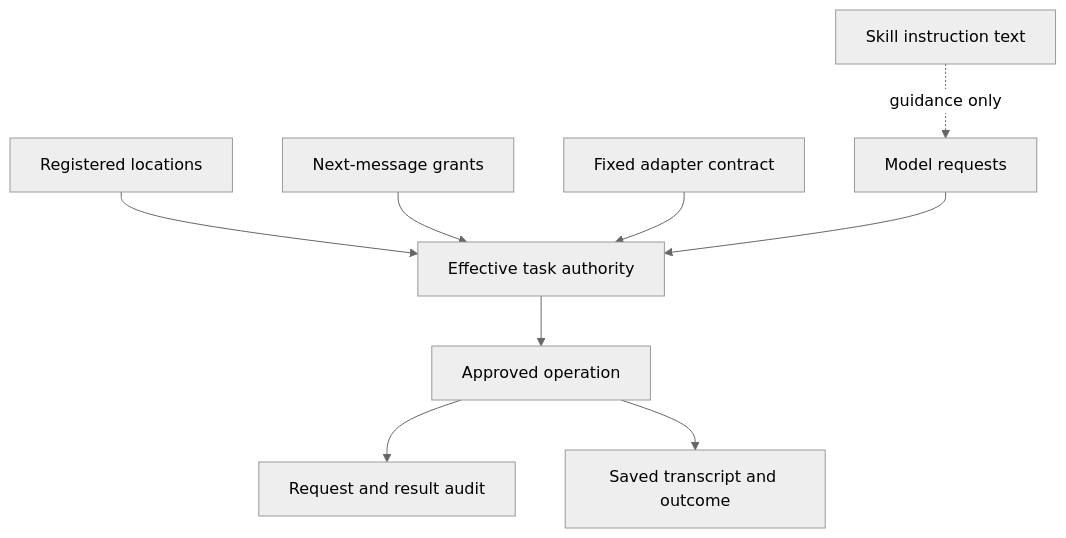
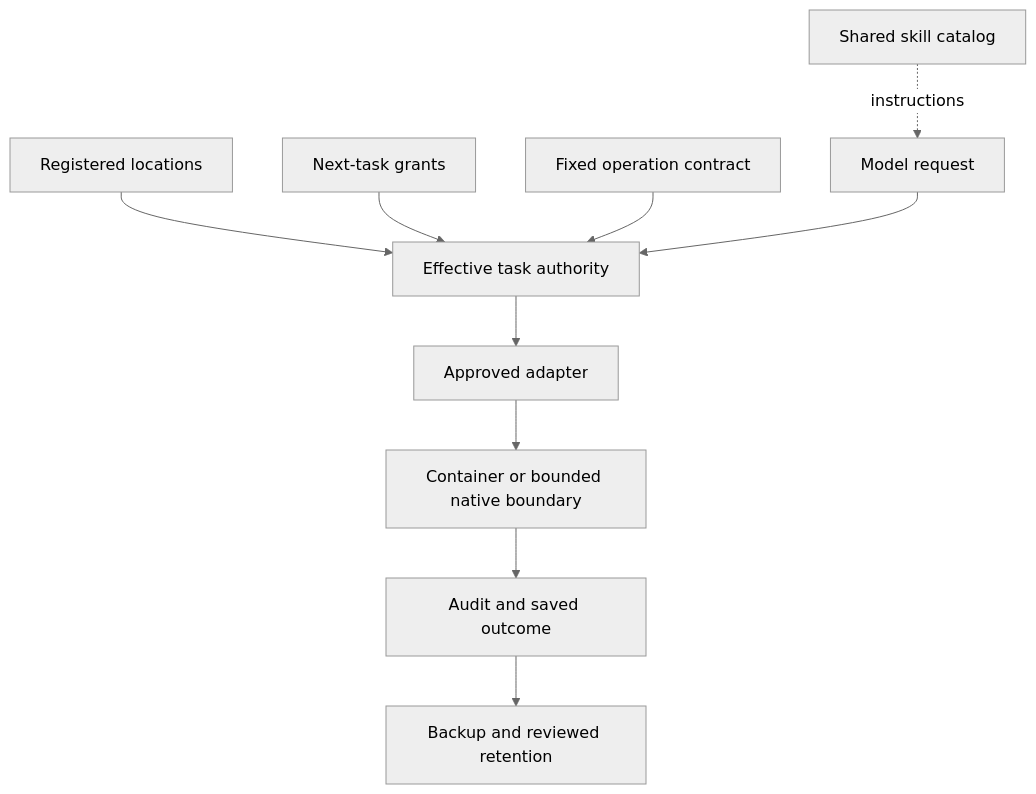
One commit to Dr-Dark92/SMELTER changed the second of 2 diagrams in docs/SYSTEM_RELATIONSHIPS.md. Above: the diagram before and after it, drawn with Mermaid (neutral theme). The commit also changed other lines of this file and 57 other files, not shown here.

````diff
--- a/docs/SYSTEM_RELATIONSHIPS.md
+++ b/docs/SYSTEM_RELATIONSHIPS.md
@@ -48,11 +43,12 @@
 ```mermaid
 flowchart TD
   LOC["Registered locations"] --> EFFECT["Effective task authority"]
-  GRANT["Next-message grants"] --> EFFECT
-  ADAPT["Fixed adapter contract"] --> EFFECT
-  SKILL["Skill instruction text"] -. "guidance only" .-> PLAN["Model requests"]
+  GRANT["Next-task grants"] --> EFFECT
+  FIXED["Fixed operation contract"] --> EFFECT
+  SKILL["Shared skill catalog"] -. "instructions" .-> PLAN["Model request"]
   PLAN --> EFFECT
-  EFFECT --> RUN["Approved operation"]
-  RUN --> AUDIT["Request and result audit"]
-  RUN --> OUTCOME["Saved transcript and outcome"]
+  EFFECT --> RUN["Approved adapter"]
+  RUN --> BOUND["Container or bounded native boundary"]
+  BOUND --> RECEIPT["Audit and saved outcome"]
+  RECEIPT --> MAINT["Backup and reviewed retention"]
 ```
````
